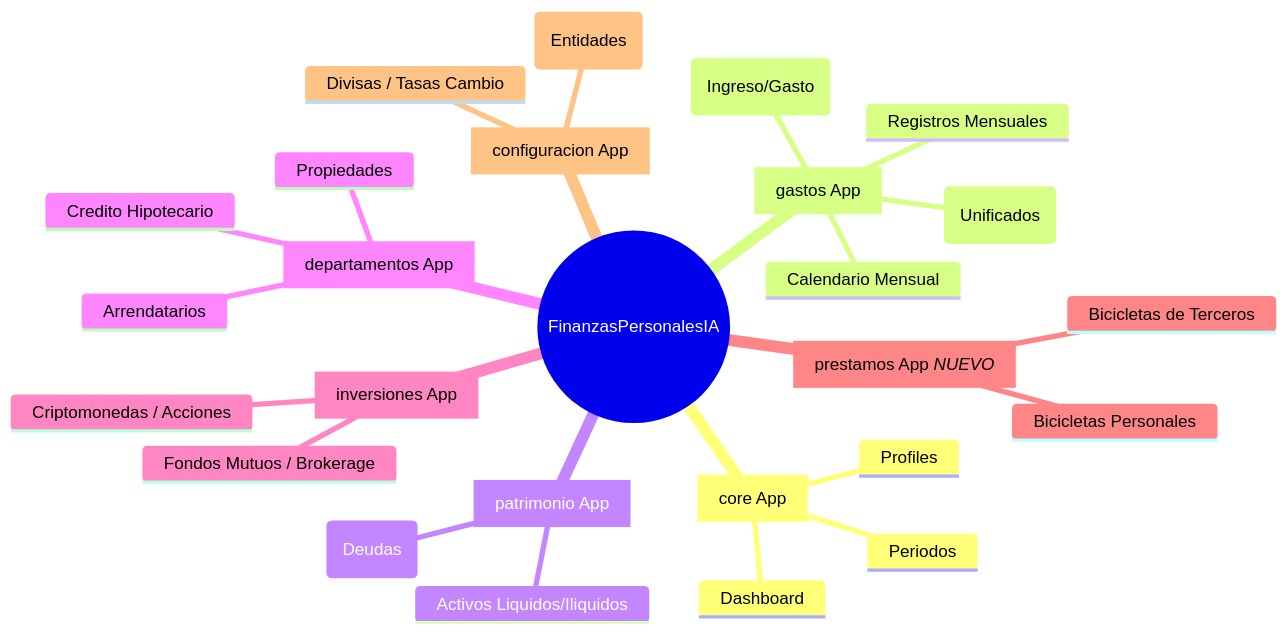
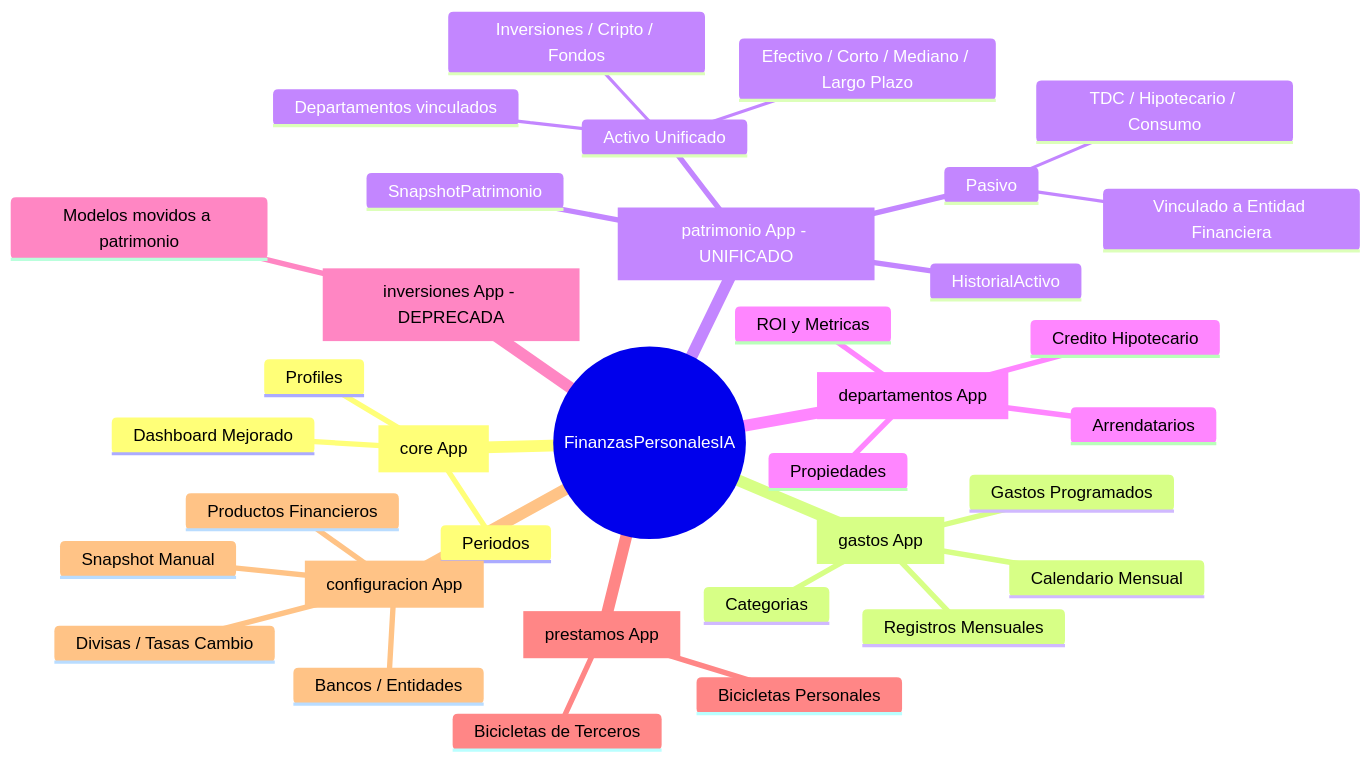
One commit to gusdrawn/personal_finance_ia changed the diagram in AGENTS.md. Above: the diagram before and after it, drawn with Mermaid. The commit also changed other lines of this file and 18 other files, not shown here.

Commit message:
feat: rework activos y pasivos.

````diff
--- a/AGENTS.md
+++ b/AGENTS.md
@@ -118,36 +146,45 @@
 ```mermaid
 mindmap
   root((FinanzasPersonalesIA))
     core[core App]
       ::icon(fa fa-shield)
       Profiles
       Periodos
-      Dashboard
+      Dashboard Mejorado
     gastos[gastos App]
       ::icon(fa fa-receipt)
-      Categorias (Ingreso/Gasto)
+      Categorias
       Registros Mensuales
-      Gastos Programados (Unificados)
+      Gastos Programados
       Calendario Mensual
-    patrimonio[patrimonio App]
+    patrimonio[patrimonio App - UNIFICADO]
       ::icon(fa fa-vault)
-      Activos Liquidos/Iliquidos
-      Pasivos (Deudas)
+      Activo Unificado
+        Efectivo / Corto / Mediano / Largo Plazo
+        Inversiones / Cripto / Fondos
+        Departamentos vinculados
+      Pasivo
+        TDC / Hipotecario / Consumo
+        Vinculado a Entidad Financiera
+      HistorialActivo
+      SnapshotPatrimonio
     departamentos[departamentos App]
       ::icon(fa fa-building)
       Propiedades
       Credito Hipotecario
       Arrendatarios
-    inversiones[inversiones App]
-      ::icon(fa fa-chart-line)
-      Criptomonedas / Acciones
-      Fondos Mutuos / Brokerage
-    prestamos[prestamos App *NUEVO*]
+      ROI y Metricas
+    inversiones[inversiones App - DEPRECADA]
+      ::icon(fa fa-archive)
+      Modelos movidos a patrimonio
+    prestamos[prestamos App]
       ::icon(fa fa-bicycle)
       Bicicletas Personales
       Bicicletas de Terceros
     configuracion[configuracion App]
       ::icon(fa fa-cogs)
-      Bancos (Entidades)
+      Bancos / Entidades
+      Productos Financieros
       Divisas / Tasas Cambio
+      Snapshot Manual
 ```
````
